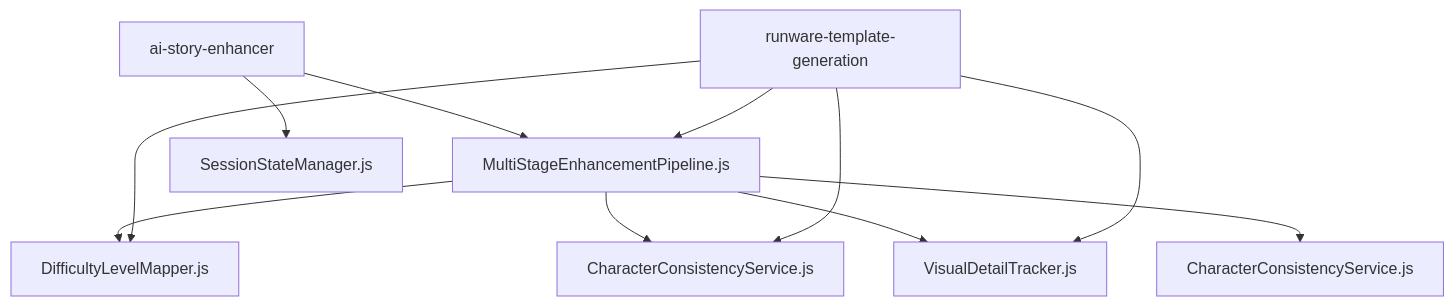
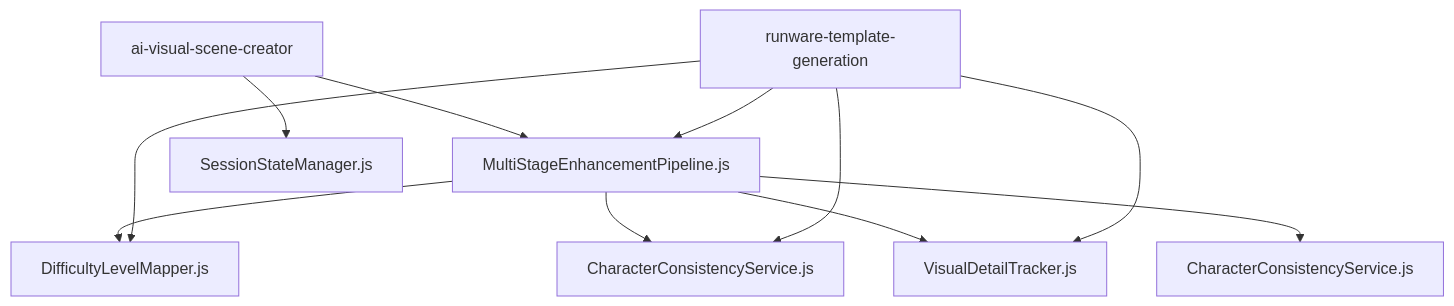
Before and after one commit to seq23/dailystory: the diagram in docs/IMPORT_ARCHITECTURE_RECOVERY.md, drawn with Mermaid. The commit also changed other lines of this file and 15 other files, not shown here.

````diff
--- a/docs/IMPORT_ARCHITECTURE_RECOVERY.md
+++ b/docs/IMPORT_ARCHITECTURE_RECOVERY.md
@@ -112,15 +112,15 @@
 ```mermaid
 graph TD
     A[MultiStageEnhancementPipeline.js] --> B[DifficultyLevelMapper.js]
     A --> C[CharacterConsistencyService.js]
     A --> D[VisualDetailTracker.js]
     A --> E[CharacterConsistencyService.js]
     
-    F[ai-story-enhancer] --> A
+    F[ai-visual-scene-creator] --> A
     F --> G[SessionStateManager.js]
     
     H[runware-template-generation] --> A
     H --> B
     H --> C
     H --> D
 ```
````
